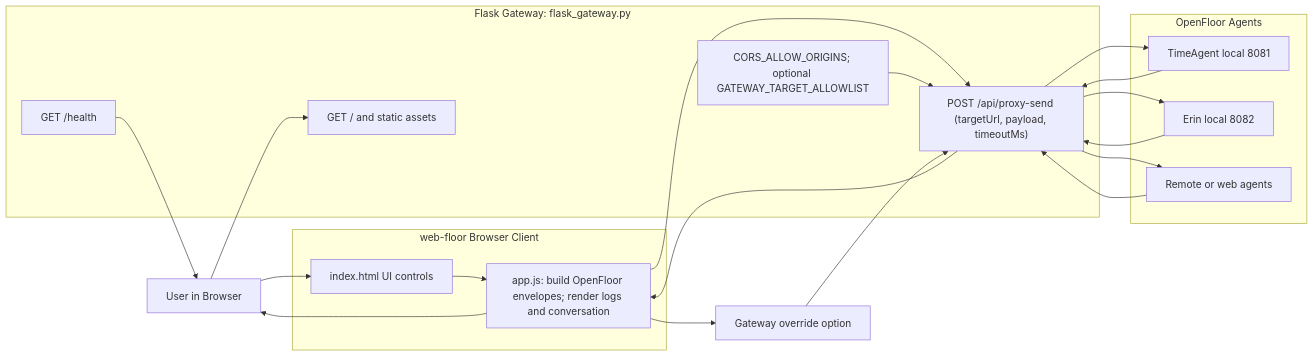
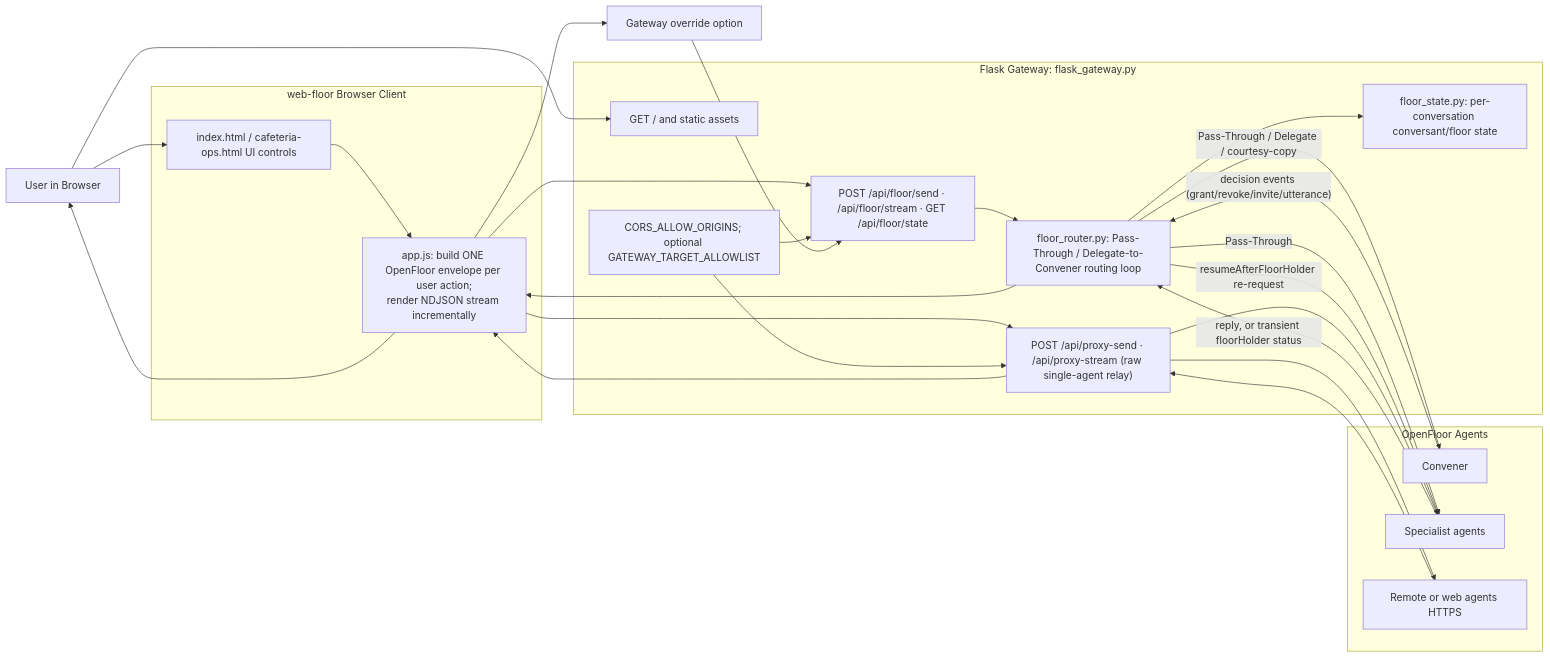
Before and after one commit to open-voice-interoperability/floor-implementations: the diagram in implementations/web-floor/architecture.mmd, drawn with Mermaid. The commit also changed 3 other files, not shown here.

First line of the commit message:
docs(web-floor): bring README and architecture diagrams up to date

```diff
--- a/implementations/web-floor/architecture.mmd
+++ b/implementations/web-floor/architecture.mmd
@@ -1,42 +1,46 @@
 flowchart LR
   U[User in Browser]
 
   subgraph B[web-floor Browser Client]
-    UI[index.html UI controls]
-    JS["app.js: build OpenFloor envelopes; render logs and conversation"]
+    UI["index.html / cafeteria-ops.html UI controls"]
+    JS["app.js: build ONE OpenFloor envelope per user action;<br/>render NDJSON stream incrementally"]
   end
 
   subgraph G[Flask Gateway: flask_gateway.py]
+    FLOOR["POST /api/floor/send · /api/floor/stream · GET /api/floor/state"]
+    PROXY["POST /api/proxy-send · /api/proxy-stream (raw single-agent relay)"]
+    ROUTER["floor_router.py: Pass-Through / Delegate-to-Convener routing loop"]
+    FSTATE["floor_state.py: per-conversation conversant/floor state"]
     STATIC[GET / and static assets]
-    PROXY["POST /api/proxy-send (targetUrl, payload, timeoutMs)"]
-    HEALTH[GET /health]
     POLICY["CORS_ALLOW_ORIGINS; optional GATEWAY_TARGET_ALLOWLIST"]
   end
 
   subgraph A[OpenFloor Agents]
-    T[TimeAgent local 8081]
-    E[Erin local 8082]
-    R[Remote or web agents]
+    C[Convener]
+    S[Specialist agents]
+    R[Remote or web agents HTTPS]
   end
 
-  U --> UI
-  UI --> JS
+  U --> UI --> JS
+  U --> STATIC
+  JS --> FLOOR
+  JS --> PROXY
 
-  U --> STATIC
-  JS --> PROXY
-  PROXY --> T
-  PROXY --> E
+  FLOOR --> ROUTER --> FSTATE
+  ROUTER -- "Pass-Through / Delegate / courtesy-copy" --> C
+  ROUTER -- "Pass-Through" --> S
+  ROUTER -- "resumeAfterFloorHolder re-request" --> S
+  C -- "decision events (grant/revoke/invite/utterance)" --> ROUTER
+  S -- "reply, or transient floorHolder status" --> ROUTER
+
+  PROXY --> S
   PROXY --> R
-
-  T --> PROXY
-  E --> PROXY
   R --> PROXY
 
+  ROUTER --> JS
   PROXY --> JS
   JS --> U
 
+  POLICY --> FLOOR
   POLICY --> PROXY
-  HEALTH --> U
-
-  JS --> Q[Gateway override option]
-  Q --> PROXY
+  JS --> Q[Gateway override option] --> FLOOR
```
